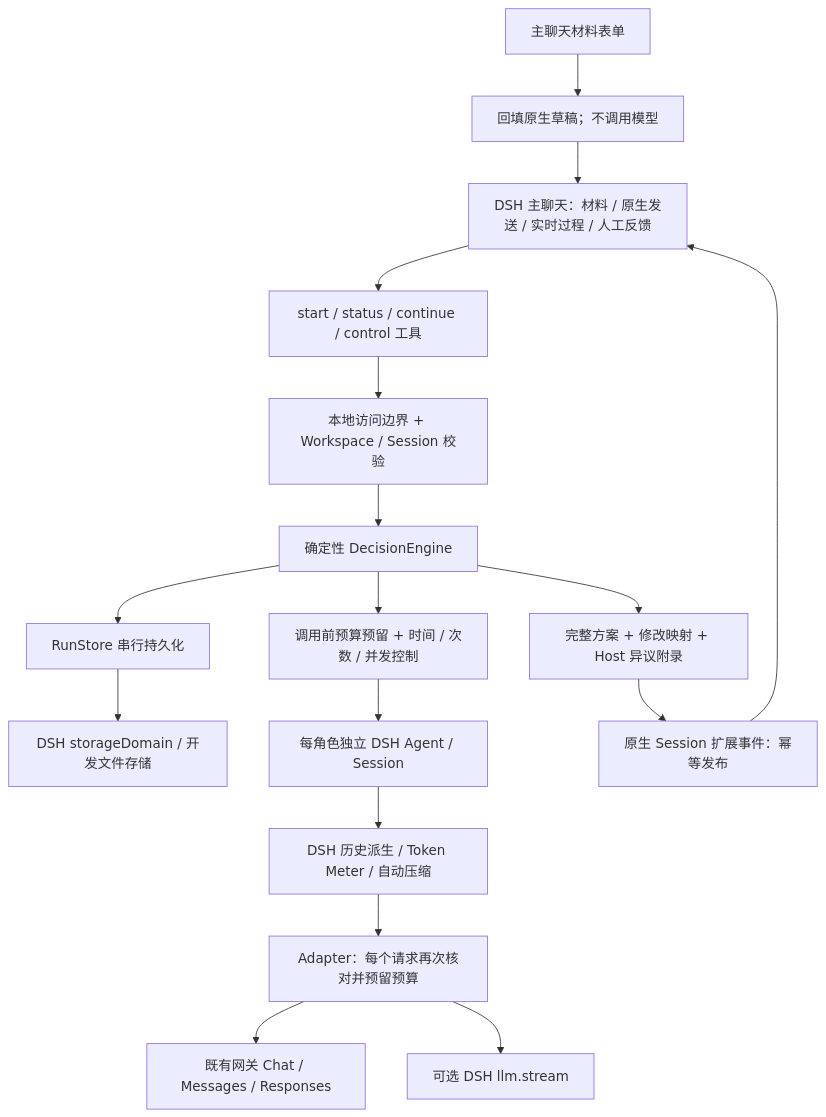
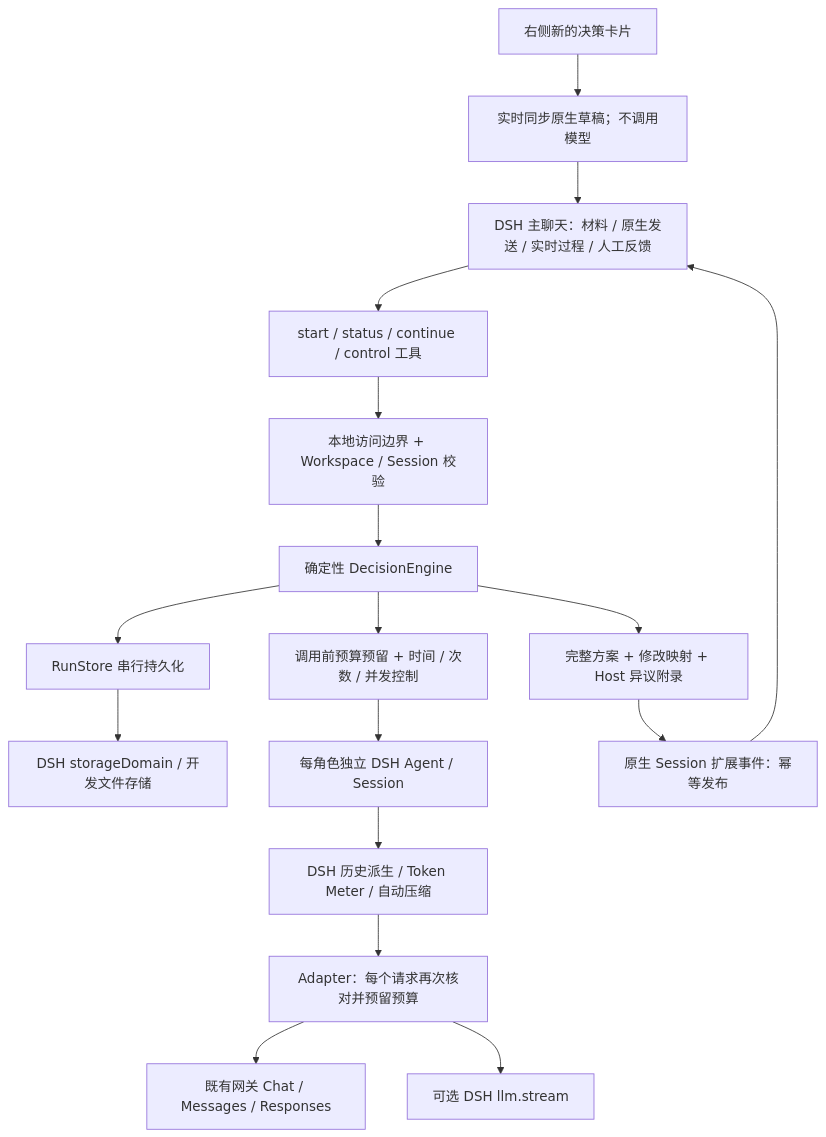
Before and after one commit to JinhangShi/dsh-decision-room: the diagram in docs/ARCHITECTURE.md, drawn with Mermaid. The commit also changed other lines of this file and 11 other files, not shown here.

````diff
--- a/docs/ARCHITECTURE.md
+++ b/docs/ARCHITECTURE.md
@@ -3,19 +3,19 @@
 ```mermaid
 flowchart TD
   D[DSH 主聊天：材料 / 原生发送 / 实时过程 / 人工反馈] --> T[start / status / continue / control 工具]
-  U[主聊天材料表单] --> C0[回填原生草稿；不调用模型]
+  U[右侧新的决策卡片] --> C0[实时同步原生草稿；不调用模型]
   C0 --> D
   T --> H[本地访问边界 + Workspace / Session 校验]
   H --> E[确定性 DecisionEngine]
   E --> S[RunStore 串行持久化]
   S --> SD[DSH storageDomain / 开发文件存储]
   E --> B[调用前预算预留 + 时间 / 次数 / 并发控制]
   B --> P[每角色独立 DSH Agent / Session]
   P --> C[DSH 历史派生 / Token Meter / 自动压缩]
   C --> G[Adapter：每个请求再次核对并预留预算]
   G --> HTTP[既有网关 Chat / Messages / Responses]
   G --> L[可选 DSH llm.stream]
   E --> R[完整方案 + 修改映射 + Host 异议附录]
   R --> M[原生 Session 扩展事件：幂等发布]
   M --> D
 ```
````
